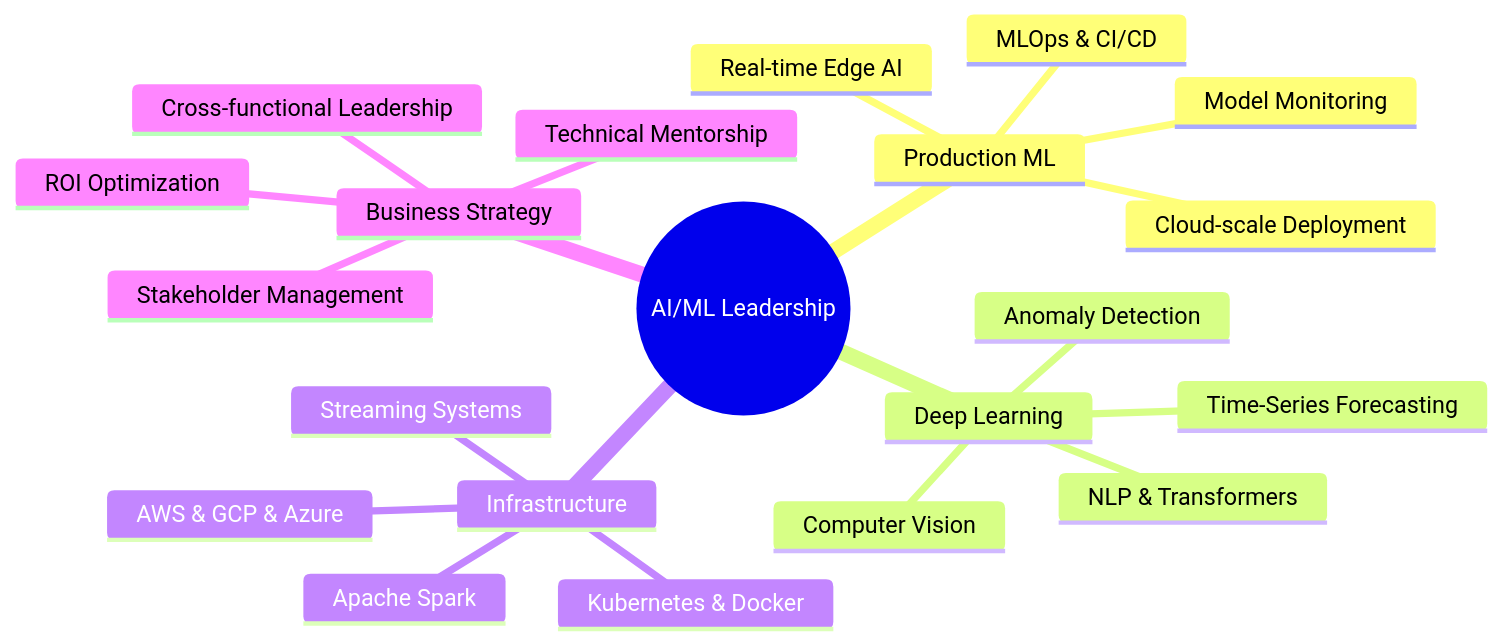
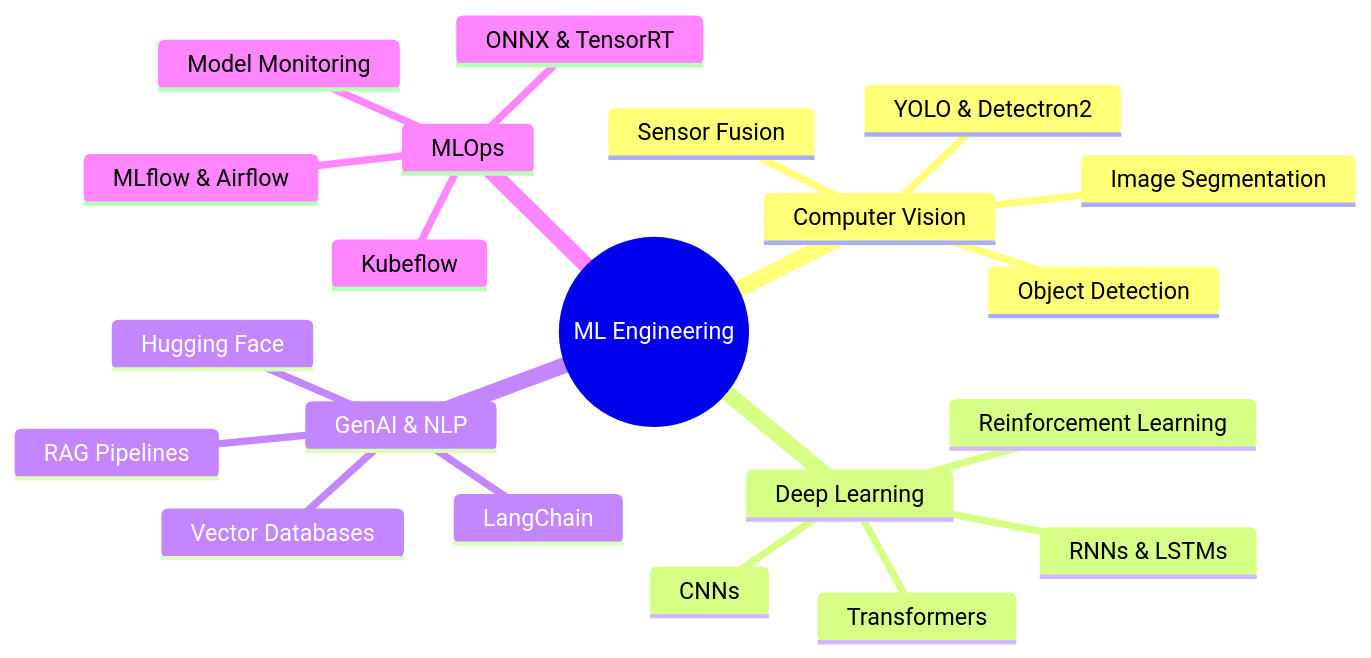
Before and after one commit to arunvemula7-max/arunvemula7-max: the second of 2 diagrams in README.md, drawn with Mermaid. The commit also changed other lines of this file, not shown here.

````diff
--- a/README.md
+++ b/README.md
@@ -170,24 +123,24 @@
 ```mermaid
 mindmap
-  root((AI/ML Leadership))
-    Production ML
-      Real-time Edge AI
-      Cloud-scale Deployment
-      MLOps & CI/CD
+  root((ML Engineering))
+    Computer Vision
+      Object Detection
+      Image Segmentation
+      YOLO & Detectron2
+      Sensor Fusion
+    Deep Learning
+      CNNs
+      RNNs & LSTMs
+      Transformers
+      Reinforcement Learning
+    GenAI & NLP
+      RAG Pipelines
+      LangChain
+      Vector Databases
+      Hugging Face
+    MLOps
+      MLflow & Airflow
+      Kubeflow
+      ONNX & TensorRT
       Model Monitoring
-    Deep Learning
-      Computer Vision
-      NLP & Transformers
-      Time-Series Forecasting
-      Anomaly Detection
-    Infrastructure
-      Kubernetes & Docker
-      AWS & GCP & Azure
-      Apache Spark
-      Streaming Systems
-    Business Strategy
-      ROI Optimization
-      Cross-functional Leadership
-      Stakeholder Management
-      Technical Mentorship
 ```
````
